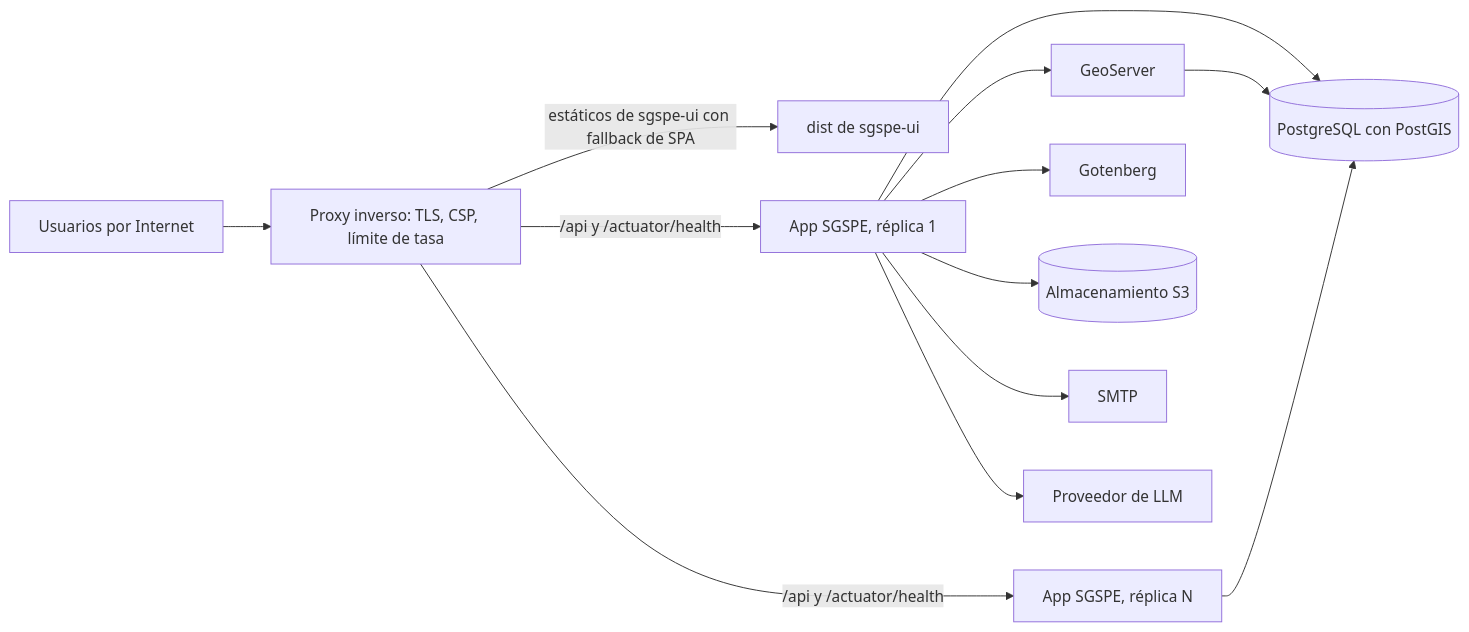
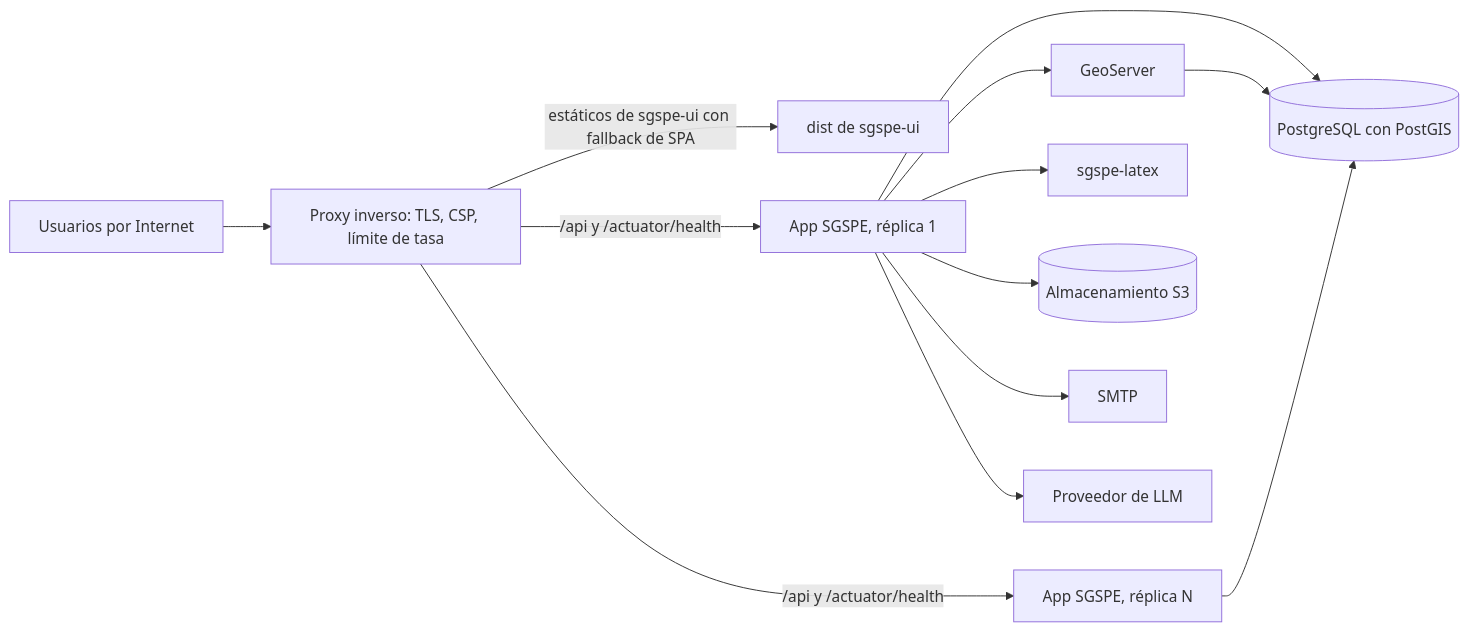
Before and after one commit to wasichai/sgspe: the eighth of 8 diagrams in docs/architecture.md, drawn with Mermaid. The commit also changed other lines of this file and 15 other files, not shown here.

````diff
--- a/docs/architecture.md
+++ b/docs/architecture.md
@@ -617,15 +617,15 @@
 ```mermaid
 flowchart LR
     INTERNET["Usuarios por Internet"] --> PX["Proxy inverso: TLS, CSP, límite de tasa"]
     PX -->|"estáticos de sgspe-ui con fallback de SPA"| STATIC["dist de sgspe-ui"]
     PX -->|"/api y /actuator/health"| APP1["App SGSPE, réplica 1"]
     PX -->|"/api y /actuator/health"| APP2["App SGSPE, réplica N"]
     APP1 --> DB[("PostgreSQL con PostGIS")]
     APP2 --> DB
     APP1 --> GS["GeoServer"]
-    APP1 --> GT["Gotenberg"]
+    APP1 --> GT["sgspe-latex"]
     APP1 --> OS[("Almacenamiento S3")]
     APP1 --> SMTP["SMTP"]
     APP1 --> LLM["Proveedor de LLM"]
     GS --> DB
 ```
````
